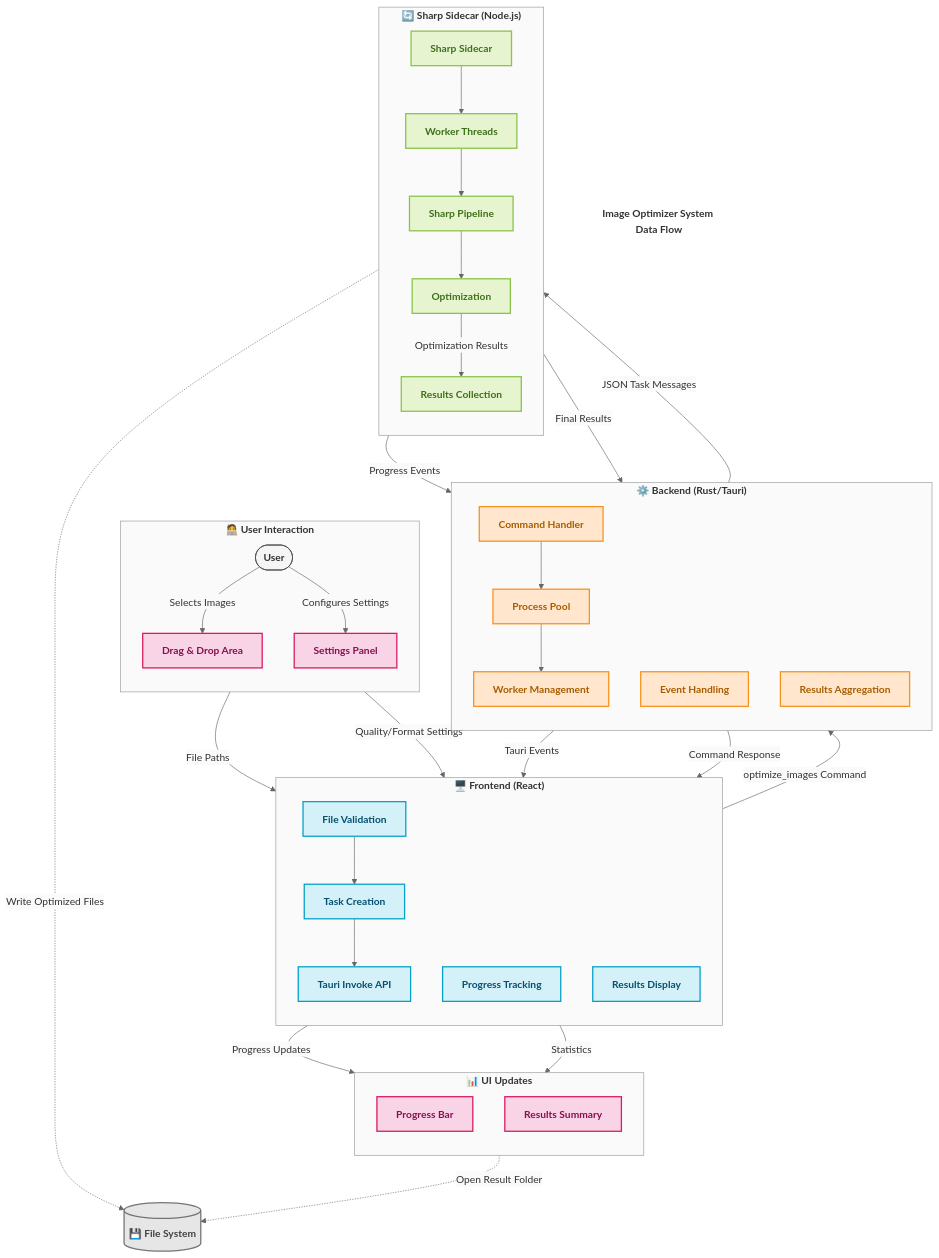
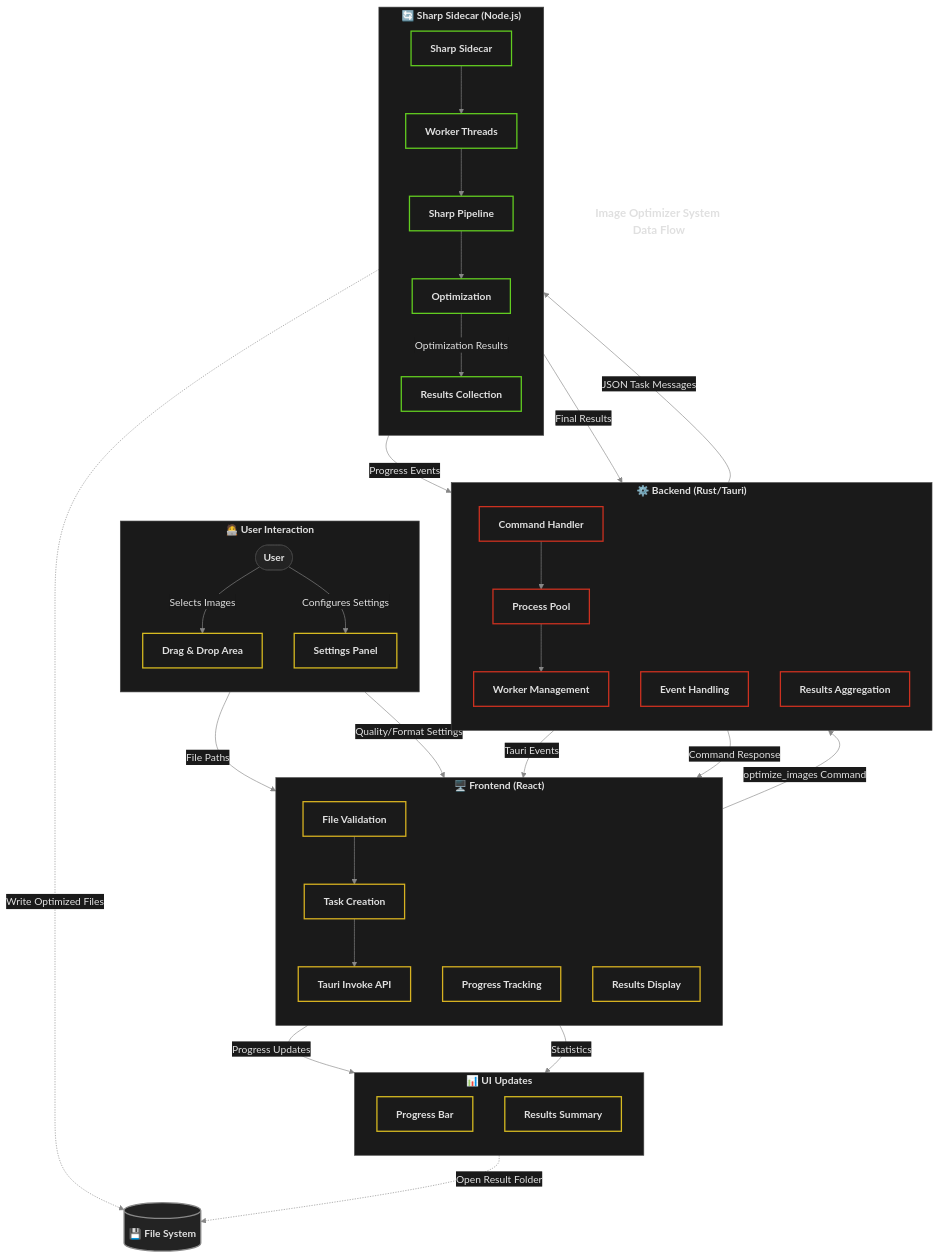
One commit to MogensenJesse/image-optimizer changed the second of 5 diagrams in DOCUMENTATION.md. Above: the diagram before and after it, drawn with Mermaid. The commit also changed 1 other file, not shown here.

Commit message:
Improved doc diagram styling

````diff
--- a/DOCUMENTATION.md
+++ b/DOCUMENTATION.md
@@ -41,5 +41,5 @@
 ```mermaid
-%%{init: {'theme': 'base', 'themeVariables': { 'primaryColor': '#f0f0f0', 'primaryTextColor': '#333', 'primaryBorderColor': '#999', 'lineColor': '#666', 'secondaryColor': '#fafafa', 'tertiaryColor': '#f4f4f4'}}}%%
+%%{init: {'theme': 'base', 'themeVariables': { 'primaryColor': '#232323', 'primaryTextColor': '#e0e0e0', 'primaryBorderColor': '#444', 'lineColor': '#888', 'secondaryColor': '#1a1a1a', 'tertiaryColor': '#333'}}}%%
 flowchart TD
     %% Define subgraphs for better organization
     subgraph User["🧑‍💻 User Interaction"]
@@ -101,16 +101,16 @@
     
     %% Add a title
     Title[<b>Image Optimizer System Data Flow</b>]
-    style Title fill:none,stroke:none,color:#333,font-size:16px
+    style Title fill:none,stroke:none,color:#e0e0e0,font-size:18px
     
-    %% Enhanced styling
-    classDef userStyle fill:#f5f5f5,stroke:#424242,stroke-width:1px,color:#333,font-weight:bold,rounded:true
-    classDef frontendStyle fill:#d4f1f9,stroke:#05a0c8,stroke-width:2px,color:#05506e,font-weight:bold,rounded:true
-    classDef backendStyle fill:#ffe6cc,stroke:#f7931e,stroke-width:2px,color:#a85c00,font-weight:bold,rounded:true
-    classDef sidecarStyle fill:#e6f5d0,stroke:#8bc34a,stroke-width:2px,color:#3e701a,font-weight:bold,rounded:true
-    classDef uiStyle fill:#f9d4e7,stroke:#d81b60,stroke-width:2px,color:#880e4f,font-weight:bold,rounded:true
-    classDef storageStyle fill:#e6e6e6,stroke:#757575,stroke-width:2px,color:#424242,font-weight:bold,shape:cylinder
-    classDef subgraphStyle fill:#fafafa,stroke:#999,stroke-width:1px,color:#333,font-weight:bold
+    %% Enhanced styling based on app's color scheme
+    classDef userStyle fill:#232323,stroke:#444,stroke-width:1px,color:#e0e0e0,font-weight:bold,rounded:true
+    classDef frontendStyle fill:#1a1a1a,stroke:#d7b221,stroke-width:2px,color:#e0e0e0,font-weight:bold,rounded:true
+    classDef backendStyle fill:#1a1a1a,stroke:#cd3120,stroke-width:2px,color:#e0e0e0,font-weight:bold,rounded:true
+    classDef sidecarStyle fill:#1a1a1a,stroke:#62cd20,stroke-width:2px,color:#e0e0e0,font-weight:bold,rounded:true
+    classDef uiStyle fill:#1a1a1a,stroke:#d7bb21,stroke-width:2px,color:#e0e0e0,font-weight:bold,rounded:true
+    classDef storageStyle fill:#232323,stroke:#888,stroke-width:2px,color:#e0e0e0,font-weight:bold,shape:cylinder
+    classDef subgraphStyle fill:#1a1a1a,stroke:#444,stroke-width:1px,color:#e0e0e0,font-weight:bold
     
     %% Apply enhanced styles
     class User1 userStyle
````
